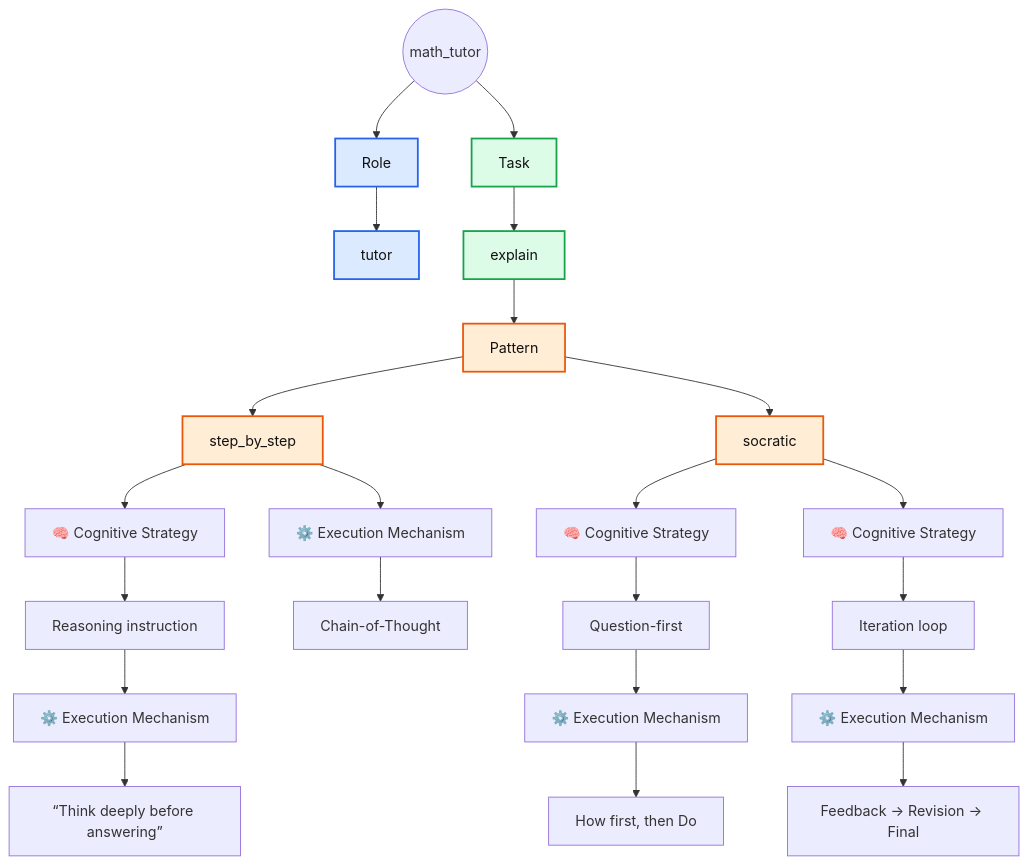
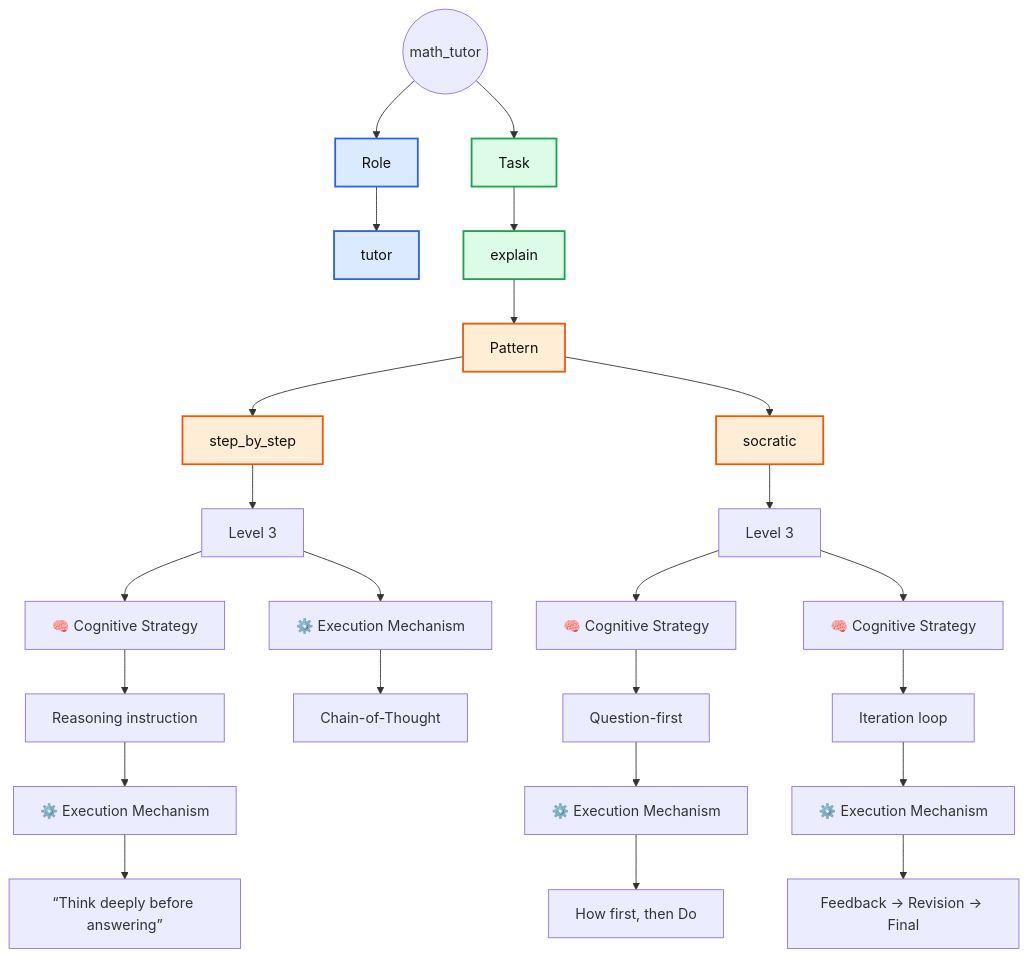
The second of 2 diagrams in docs/prompts/agents/default_agents.md (perfectCoder-dev/Ai-promt-en), drawn with Mermaid before and after one commit. The commit also changed other lines of this file and 5 other files, not shown here.

````diff
--- a/docs/prompts/agents/default_agents.md
+++ b/docs/prompts/agents/default_agents.md
@@ -91,44 +79,47 @@
 ```mermaid
 flowchart TD
 
 A((math_tutor))
 
 A --> B[Role]
 B --> C[tutor]
 
 A --> D[Task]
 D --> E[explain]
 E --> F[Pattern]
 
 F --> G[step_by_step]
-G --> H[🧠 Cognitive Strategy]
-H --> I[Reasoning instruction]
+G --> H[Level 3]
+H --> I[🧠 Cognitive Strategy]
+I --> J[Reasoning instruction]
 
-I --> J[⚙️ Execution Mechanism]
-J --> K[“Think deeply before answering”]
+J --> K[⚙️ Execution Mechanism]
+K --> L[“Think deeply before answering”]
 
-G --> L[⚙️ Execution Mechanism]
-L --> M[Chain-of-Thought]
+H --> M[⚙️ Execution Mechanism]
+M --> N[Chain-of-Thought]
 
-F --> N[socratic]
-N --> O[🧠 Cognitive Strategy]
-O --> P[Question-first]
-P --> Q[⚙️ Execution Mechanism]
-Q --> R[How first, then Do]
+F --> O[socratic]
+O --> P[Level 3]
 
-N --> S[🧠 Cognitive Strategy]
-S --> T[Iteration loop]
-T --> U[⚙️ Execution Mechanism]
-U --> V[Feedback → Revision → Final]
+P --> Q[🧠 Cognitive Strategy]
+Q --> R[Question-first]
+R --> S[⚙️ Execution Mechanism]
+S --> T[How first, then Do]
+
+P --> U[🧠 Cognitive Strategy]
+U --> V[Iteration loop]
+V --> W[⚙️ Execution Mechanism]
+W --> X[Feedback → Revision → Final]
 
 %% Color definitions
 classDef role fill:#dbeafe,stroke:#2563eb,stroke-width:2px,color:#111;
 classDef task fill:#dcfce7,stroke:#16a34a,stroke-width:2px,color:#111;
 classDef pattern fill:#ffedd5,stroke:#ea580c,stroke-width:2px,color:#111;
 
 %% Apply colors
 class B,C role
 class D,E task
-class F,G,N pattern
+class F,G,O pattern
 
 ```
````
